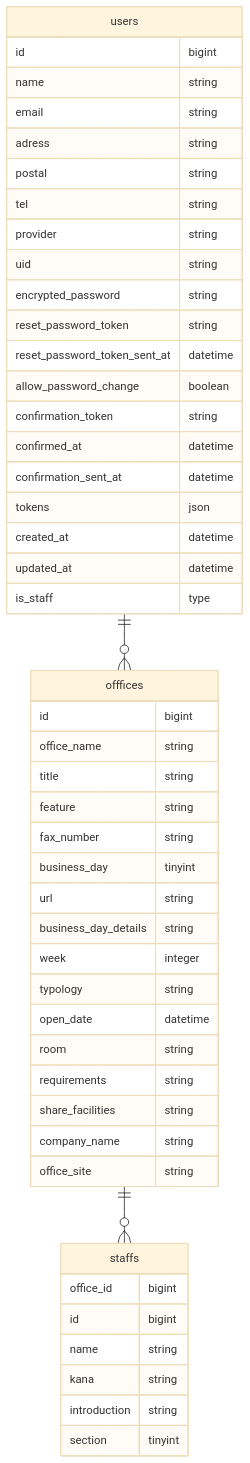
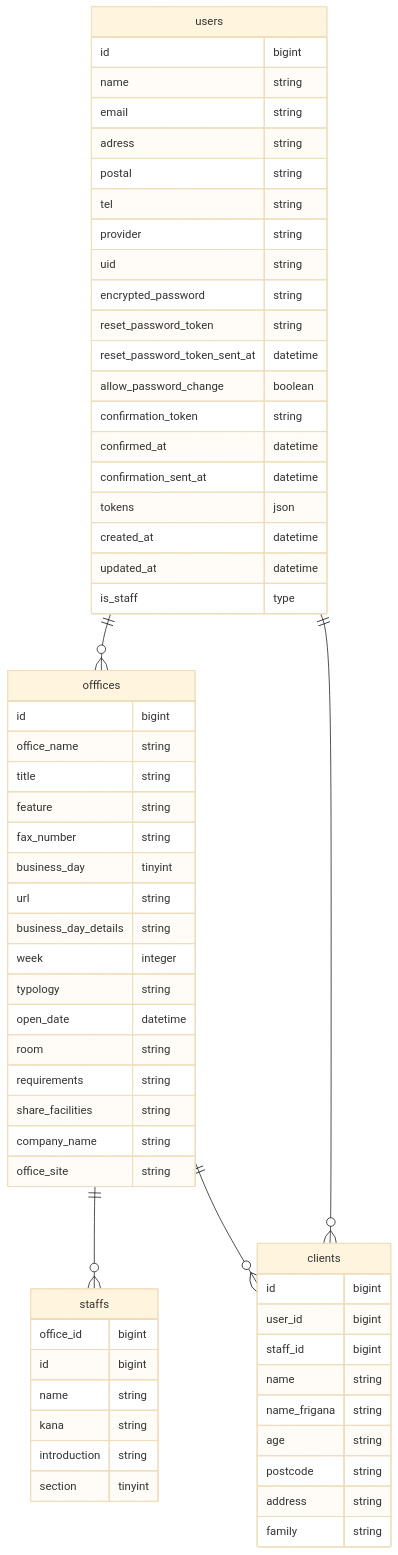
Before and after one commit to rtkjm22/homeCareNavi_2nd_API: the diagram in README.md, drawn with Mermaid (base theme).

````diff
--- a/README.md
+++ b/README.md
@@ -36,55 +36,69 @@
 ```mermaid
 erDiagram
     users ||--o{ offfices: ""
+    users ||--o{ clients: ""
     offfices ||--o{ staffs: ""
+    offfices ||--o{ clients: ""
 
 users {
   id bigint
   name string
   email string
   adress string
   postal string
   tel string
   provider string
   uid string
   encrypted_password string
   reset_password_token string
   reset_password_token_sent_at datetime
   allow_password_change boolean
   confirmation_token string
   confirmed_at datetime
   confirmation_sent_at datetime
   tokens json
   created_at datetime
   updated_at datetime
   is_staff type
 }
 
 staffs {
   office_id bigint
   id bigint
   name string
   kana string
   introduction string
   section tinyint
 }
 
 offfices {
   id bigint
   office_name string
   title string
   feature string
   fax_number string
   business_day tinyint
   url string
   business_day_details string
   week integer
   typology string
   open_date datetime
   room string
   requirements string
   share_facilities string
   company_name string
   office_site string
 }
+
+clients {
+  id bigint
+  user_id bigint
+  staff_id bigint
+  name string
+  name_frigana string
+  age string
+  postcode string
+  address string
+  family string
+}
 ```
````
